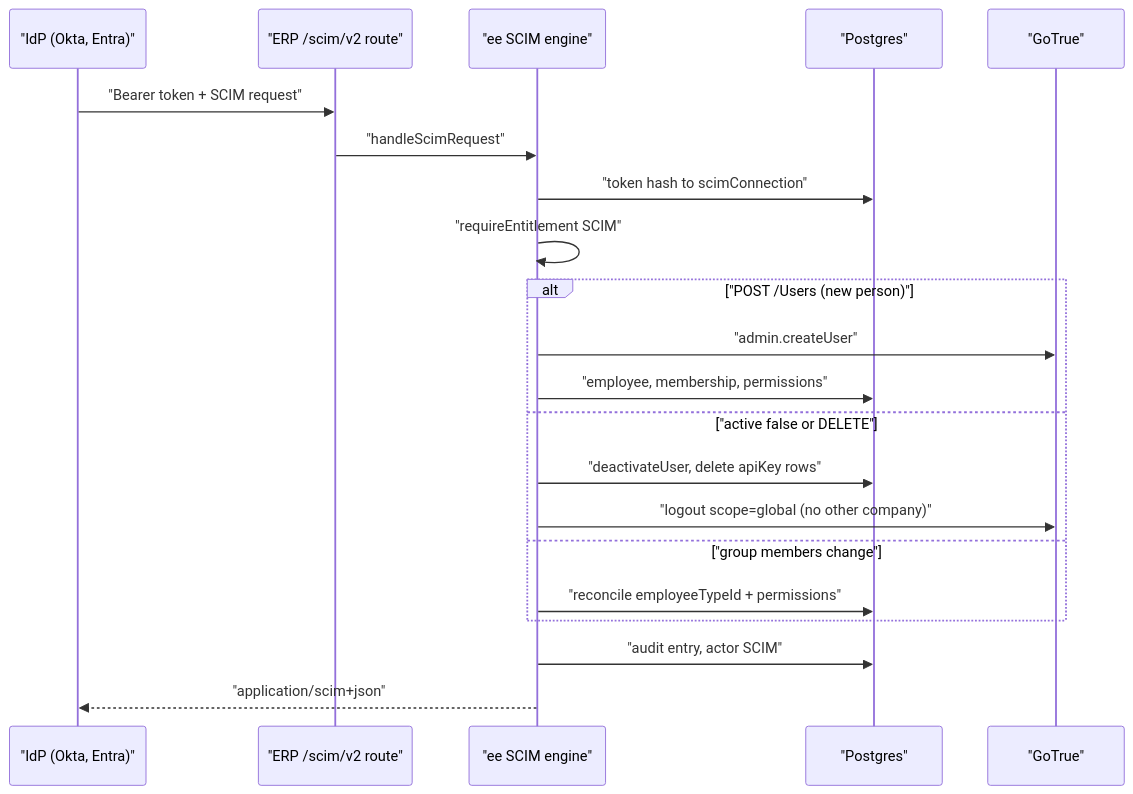
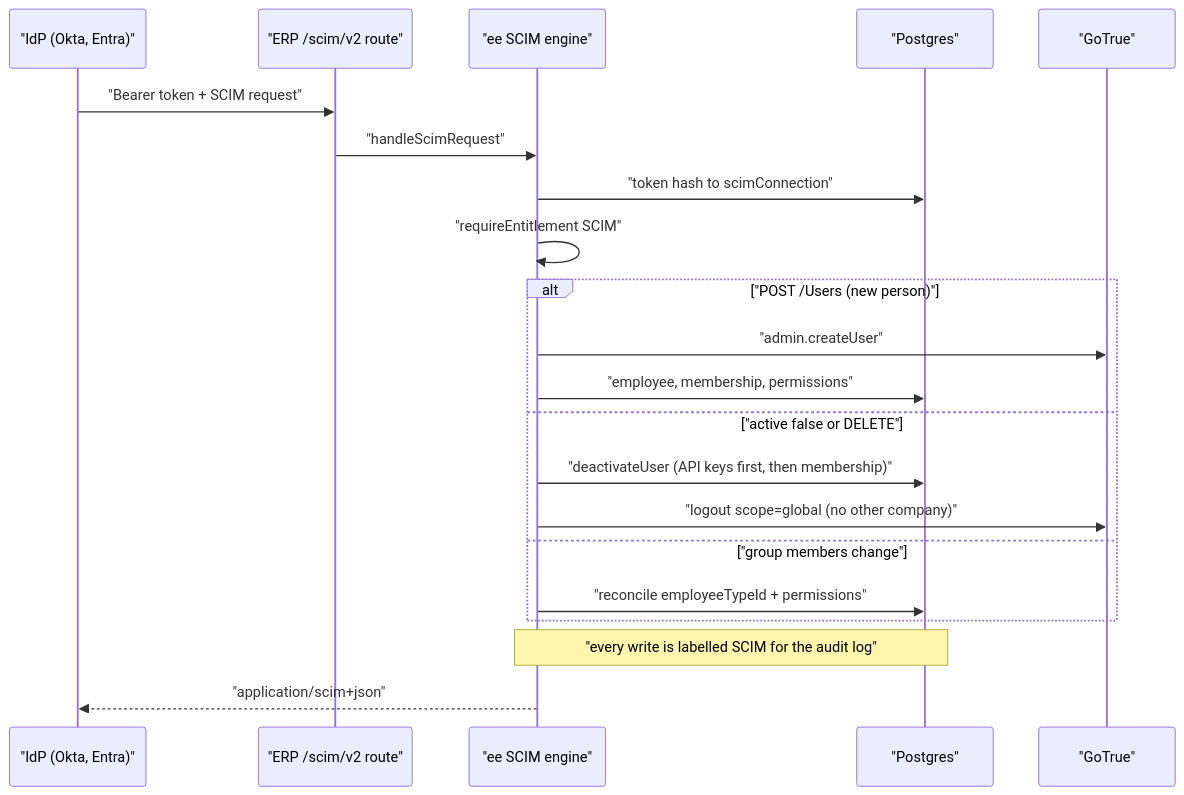
Before and after one commit to crbnos/carbon: the first of 2 diagrams in .ai/specs/2026-10-30-scim-provisioning.md, drawn with Mermaid. The commit also changed other lines of this file and 9 other files, not shown here.

First line of the commit message:
docs(scim): match the docs to the code, type SCIM rows from the database

````diff
--- a/.ai/specs/2026-10-30-scim-provisioning.md
+++ b/.ai/specs/2026-10-30-scim-provisioning.md
@@ -24,23 +26,23 @@
 ```mermaid
 sequenceDiagram
     participant IdP as "IdP (Okta, Entra)"
     participant Route as "ERP /scim/v2 route"
     participant Engine as "ee SCIM engine"
     participant DB as "Postgres"
     participant GoTrue as "GoTrue"
     IdP->>Route: "Bearer token + SCIM request"
     Route->>Engine: "handleScimRequest"
     Engine->>DB: "token hash to scimConnection"
     Engine->>Engine: "requireEntitlement SCIM"
     alt "POST /Users (new person)"
         Engine->>GoTrue: "admin.createUser"
         Engine->>DB: "employee, membership, permissions"
     else "active false or DELETE"
-        Engine->>DB: "deactivateUser, delete apiKey rows"
+        Engine->>DB: "deactivateUser (API keys first, then membership)"
         Engine->>GoTrue: "logout scope=global (no other company)"
     else "group members change"
         Engine->>DB: "reconcile employeeTypeId + permissions"
     end
-    Engine->>DB: "audit entry, actor SCIM"
+    Note over Engine,DB: "every write is labelled SCIM for the audit log"
     Engine-->>IdP: "application/scim+json"
 ```
````
